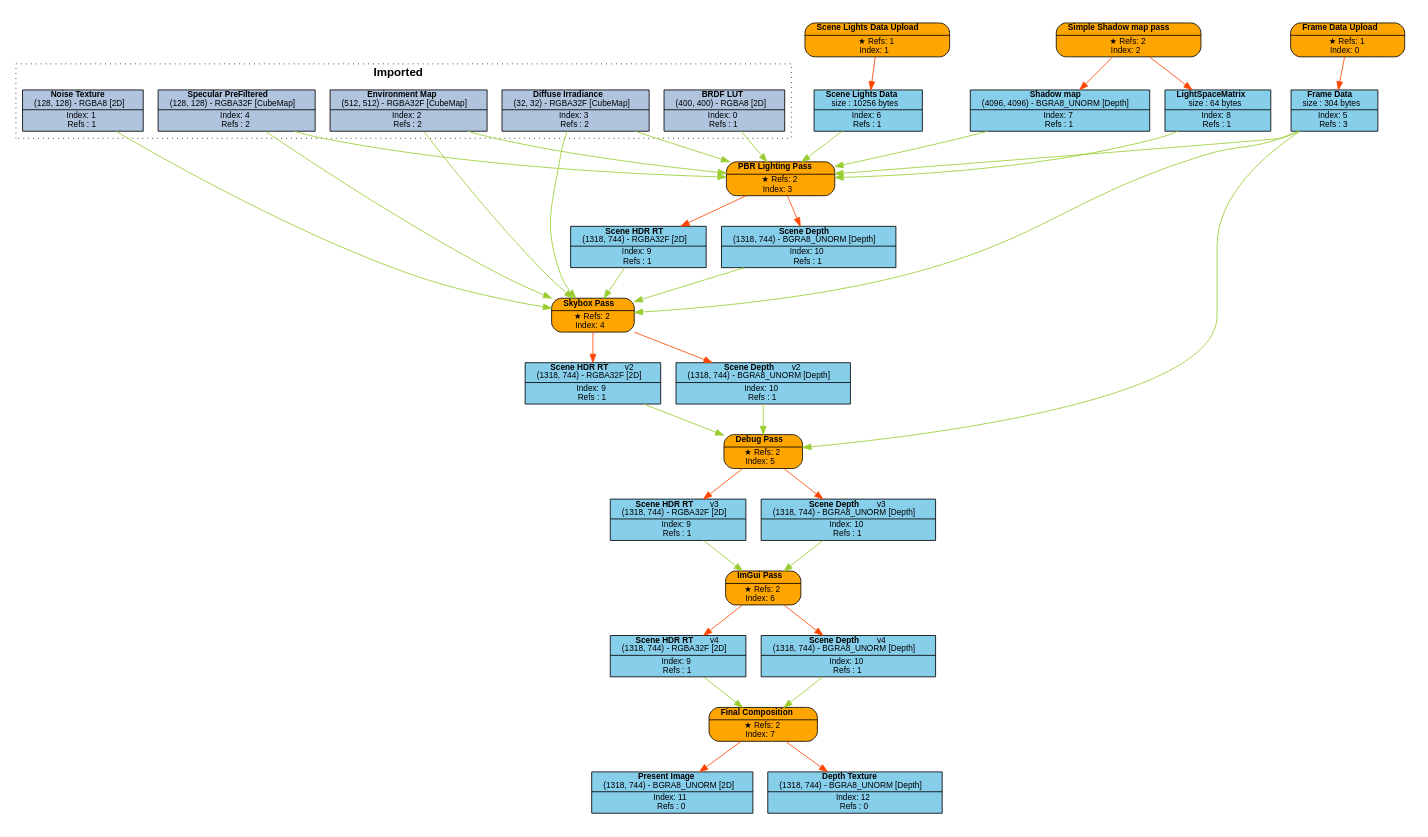
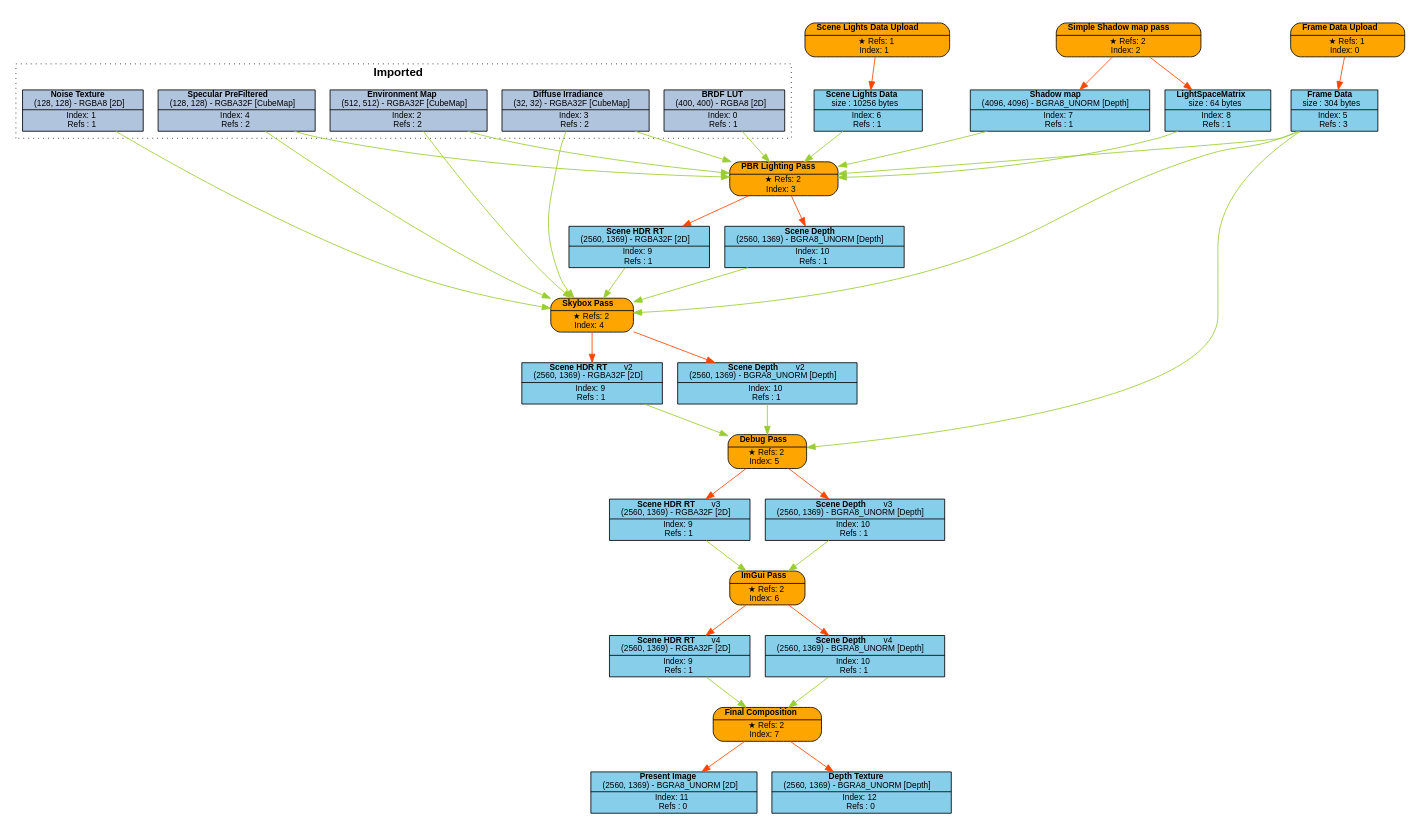
The diagram in Engine/content/FrameGraphs/pbr_lighting_test.dot (Pikachuxxxx/Razix), drawn with Graphviz before and after one commit. The commit also changed 53 other files, not shown here.

```diff
--- a/Engine/content/FrameGraphs/pbr_lighting_test.dot
+++ b/Engine/content/FrameGraphs/pbr_lighting_test.dot
@@ -1,93 +1,93 @@
 digraph FrameGraph {
 graph [style=invis, rankdir="TB" ordering=out, splines=spline]
 node [shape=record, fontname="helvetica", fontsize=10, margin="0.2,0.03"]
 
 P0 [label=<{ {<B>Frame Data Upload</B>} | {&#x2605; Refs: 1<BR/> Index: 0} }> style="rounded,filled", fillcolor=orange]
 P1 [label=<{ {<B>Scene Lights Data Upload</B>} | {&#x2605; Refs: 1<BR/> Index: 1} }> style="rounded,filled", fillcolor=orange]
 P2 [label=<{ {<B>Simple Shadow map pass</B>} | {&#x2605; Refs: 2<BR/> Index: 2} }> style="rounded,filled", fillcolor=orange]
 P3 [label=<{ {<B>PBR Lighting Pass</B>} | {&#x2605; Refs: 2<BR/> Index: 3} }> style="rounded,filled", fillcolor=orange]
 P4 [label=<{ {<B>Skybox Pass</B>} | {&#x2605; Refs: 2<BR/> Index: 4} }> style="rounded,filled", fillcolor=orange]
 P5 [label=<{ {<B>Debug Pass</B>} | {&#x2605; Refs: 2<BR/> Index: 5} }> style="rounded,filled", fillcolor=orange]
 P6 [label=<{ {<B>ImGui Pass</B>} | {&#x2605; Refs: 2<BR/> Index: 6} }> style="rounded,filled", fillcolor=orange]
 P7 [label=<{ {<B>Final Composition</B>} | {&#x2605; Refs: 2<BR/> Index: 7} }> style="rounded,filled", fillcolor=orange]
 
 R0_1 [label=<{ {<B>BRDF LUT</B><BR/>(400, 400) - RGBA8 [2D]} | {Index: 0<BR/>Refs : 1} }> style=filled, fillcolor=lightsteelblue]
 R1_1 [label=<{ {<B>Noise Texture</B><BR/>(128, 128) - RGBA8 [2D]} | {Index: 1<BR/>Refs : 1} }> style=filled, fillcolor=lightsteelblue]
 R2_1 [label=<{ {<B>Environment Map</B><BR/>(512, 512) - RGBA32F [CubeMap]} | {Index: 2<BR/>Refs : 2} }> style=filled, fillcolor=lightsteelblue]
 R3_1 [label=<{ {<B>Diffuse Irradiance</B><BR/>(32, 32) - RGBA32F [CubeMap]} | {Index: 3<BR/>Refs : 2} }> style=filled, fillcolor=lightsteelblue]
 R4_1 [label=<{ {<B>Specular PreFiltered</B><BR/>(128, 128) - RGBA32F [CubeMap]} | {Index: 4<BR/>Refs : 2} }> style=filled, fillcolor=lightsteelblue]
 R5_1 [label=<{ {<B>Frame Data</B><BR/>size : 304 bytes} | {Index: 5<BR/>Refs : 3} }> style=filled, fillcolor=skyblue]
 R6_1 [label=<{ {<B>Scene Lights Data</B><BR/>size : 10256 bytes} | {Index: 6<BR/>Refs : 1} }> style=filled, fillcolor=skyblue]
 R7_1 [label=<{ {<B>Shadow map</B><BR/>(4096, 4096) - BGRA8_UNORM [Depth]} | {Index: 7<BR/>Refs : 1} }> style=filled, fillcolor=skyblue]
 R8_1 [label=<{ {<B>LightSpaceMatrix</B><BR/>size : 64 bytes} | {Index: 8<BR/>Refs : 1} }> style=filled, fillcolor=skyblue]
-R9_1 [label=<{ {<B>Scene HDR RT</B><BR/>(1318, 744) - RGBA32F [2D]} | {Index: 9<BR/>Refs : 1} }> style=filled, fillcolor=skyblue]
-R10_1 [label=<{ {<B>Scene Depth</B><BR/>(1318, 744) - BGRA8_UNORM [Depth]} | {Index: 10<BR/>Refs : 1} }> style=filled, fillcolor=skyblue]
-R9_2 [label=<{ {<B>Scene HDR RT</B>   <FONT>v2</FONT><BR/>(1318, 744) - RGBA32F [2D]} | {Index: 9<BR/>Refs : 1} }> style=filled, fillcolor=skyblue]
-R10_2 [label=<{ {<B>Scene Depth</B>   <FONT>v2</FONT><BR/>(1318, 744) - BGRA8_UNORM [Depth]} | {Index: 10<BR/>Refs : 1} }> style=filled, fillcolor=skyblue]
-R9_3 [label=<{ {<B>Scene HDR RT</B>   <FONT>v3</FONT><BR/>(1318, 744) - RGBA32F [2D]} | {Index: 9<BR/>Refs : 1} }> style=filled, fillcolor=skyblue]
-R10_3 [label=<{ {<B>Scene Depth</B>   <FONT>v3</FONT><BR/>(1318, 744) - BGRA8_UNORM [Depth]} | {Index: 10<BR/>Refs : 1} }> style=filled, fillcolor=skyblue]
-R9_4 [label=<{ {<B>Scene HDR RT</B>   <FONT>v4</FONT><BR/>(1318, 744) - RGBA32F [2D]} | {Index: 9<BR/>Refs : 1} }> style=filled, fillcolor=skyblue]
-R10_4 [label=<{ {<B>Scene Depth</B>   <FONT>v4</FONT><BR/>(1318, 744) - BGRA8_UNORM [Depth]} | {Index: 10<BR/>Refs : 1} }> style=filled, fillcolor=skyblue]
-R11_1 [label=<{ {<B>Present Image</B><BR/>(1318, 744) - BGRA8_UNORM [2D]} | {Index: 11<BR/>Refs : 0} }> style=filled, fillcolor=skyblue]
-R12_1 [label=<{ {<B>Depth Texture</B><BR/>(1318, 744) - BGRA8_UNORM [Depth]} | {Index: 12<BR/>Refs : 0} }> style=filled, fillcolor=skyblue]
+R9_1 [label=<{ {<B>Scene HDR RT</B><BR/>(2560, 1369) - RGBA32F [2D]} | {Index: 9<BR/>Refs : 1} }> style=filled, fillcolor=skyblue]
+R10_1 [label=<{ {<B>Scene Depth</B><BR/>(2560, 1369) - BGRA8_UNORM [Depth]} | {Index: 10<BR/>Refs : 1} }> style=filled, fillcolor=skyblue]
+R9_2 [label=<{ {<B>Scene HDR RT</B>   <FONT>v2</FONT><BR/>(2560, 1369) - RGBA32F [2D]} | {Index: 9<BR/>Refs : 1} }> style=filled, fillcolor=skyblue]
+R10_2 [label=<{ {<B>Scene Depth</B>   <FONT>v2</FONT><BR/>(2560, 1369) - BGRA8_UNORM [Depth]} | {Index: 10<BR/>Refs : 1} }> style=filled, fillcolor=skyblue]
+R9_3 [label=<{ {<B>Scene HDR RT</B>   <FONT>v3</FONT><BR/>(2560, 1369) - RGBA32F [2D]} | {Index: 9<BR/>Refs : 1} }> style=filled, fillcolor=skyblue]
+R10_3 [label=<{ {<B>Scene Depth</B>   <FONT>v3</FONT><BR/>(2560, 1369) - BGRA8_UNORM [Depth]} | {Index: 10<BR/>Refs : 1} }> style=filled, fillcolor=skyblue]
+R9_4 [label=<{ {<B>Scene HDR RT</B>   <FONT>v4</FONT><BR/>(2560, 1369) - RGBA32F [2D]} | {Index: 9<BR/>Refs : 1} }> style=filled, fillcolor=skyblue]
+R10_4 [label=<{ {<B>Scene Depth</B>   <FONT>v4</FONT><BR/>(2560, 1369) - BGRA8_UNORM [Depth]} | {Index: 10<BR/>Refs : 1} }> style=filled, fillcolor=skyblue]
+R11_1 [label=<{ {<B>Present Image</B><BR/>(2560, 1369) - BGRA8_UNORM [2D]} | {Index: 11<BR/>Refs : 0} }> style=filled, fillcolor=skyblue]
+R12_1 [label=<{ {<B>Depth Texture</B><BR/>(2560, 1369) - BGRA8_UNORM [Depth]} | {Index: 12<BR/>Refs : 0} }> style=filled, fillcolor=skyblue]
 
 P0 -> { R5_1 } [color=orangered]
 P1 -> { R6_1 } [color=orangered]
 P2 -> { R7_1 R8_1 } [color=orangered]
 P3 -> { R9_1 R10_1 } [color=orangered]
 P4 -> { R9_2 R10_2 } [color=orangered]
 P5 -> { R9_3 R10_3 } [color=orangered]
 P6 -> { R9_4 R10_4 } [color=orangered]
 P7 -> { R11_1 R12_1 } [color=orangered]
 
 R0_1 -> { P3 } [color=olivedrab3]
 R1_1 -> { P4 } [color=olivedrab3]
 R2_1 -> { P3 P4 } [color=olivedrab3]
 R3_1 -> { P3 P4 } [color=olivedrab3]
 R4_1 -> { P3 P4 } [color=olivedrab3]
 R5_1 -> { P3 P4 P5 } [color=olivedrab3]
 R6_1 -> { P3 } [color=olivedrab3]
 R7_1 -> { P3 } [color=olivedrab3]
 R8_1 -> { P3 } [color=olivedrab3]
 R9_1 -> { P4 } [color=olivedrab3]
 R10_1 -> { P4 } [color=olivedrab3]
 R9_2 -> { P5 } [color=olivedrab3]
 R10_2 -> { P5 } [color=olivedrab3]
 R9_3 -> { P6 } [color=olivedrab3]
 R10_3 -> { P6 } [color=olivedrab3]
 R9_4 -> { P7 } [color=olivedrab3]
 R10_4 -> { P7 } [color=olivedrab3]
 R11_1 -> { } [color=olivedrab3]
 R12_1 -> { } [color=olivedrab3]
 
 subgraph cluster_0 {
 P0 R5_1 
 }
 subgraph cluster_1 {
 P1 R6_1 
 }
 subgraph cluster_2 {
 P2 R7_1 R8_1 
 }
 subgraph cluster_3 {
 P3 R9_1 R10_1 
 }
 subgraph cluster_4 {
 P4 
 }
 subgraph cluster_5 {
 P5 
 }
 subgraph cluster_6 {
 P6 
 }
 subgraph cluster_7 {
 P7 R11_1 R12_1 
 }
 
 subgraph cluster_imported_resources {
 graph [style=dotted, fontname="helvetica", label=< <B>Imported</B> >]
 R0_1 R1_1 R2_1 R3_1 R4_1 
 }
 
 }
```
